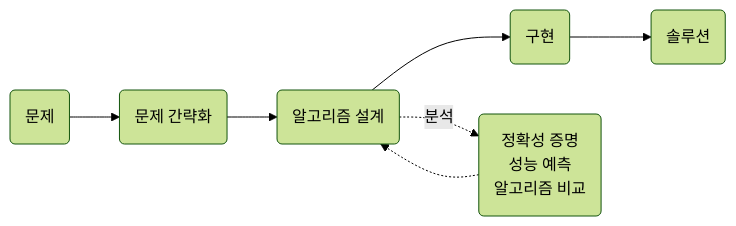
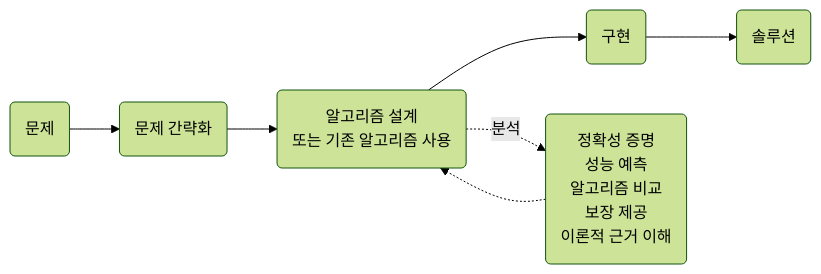
Before and after one commit to lec-algorithm/lecture: the diagram in site/src/content/courses/ko/topic-01-intro-search.mdx, drawn with Mermaid (forest theme). The commit also changed other lines of this file and 2 other files, not shown here.

````diff
--- a/site/src/content/courses/ko/topic-01-intro-search.mdx
+++ b/site/src/content/courses/ko/topic-01-intro-search.mdx
@@ -54,9 +72,9 @@
 ```mermaid
 flowchart LR
     P("문제") --> S("문제 간략화")
-    S --> D("알고리즘 설계")
+    S --> D("알고리즘 설계<br/>또는 기존 알고리즘 사용")
     D --> I("구현")
     I --> R("솔루션")
-    D -.분석.-> A("정확성 증명<br/>성능 예측<br/>알고리즘 비교")
+    D -.분석.-> A("정확성 증명<br/>성능 예측<br/>알고리즘 비교<br/>보장 제공<br/>이론적 근거 이해")
     A -.-> D
 ```
````
